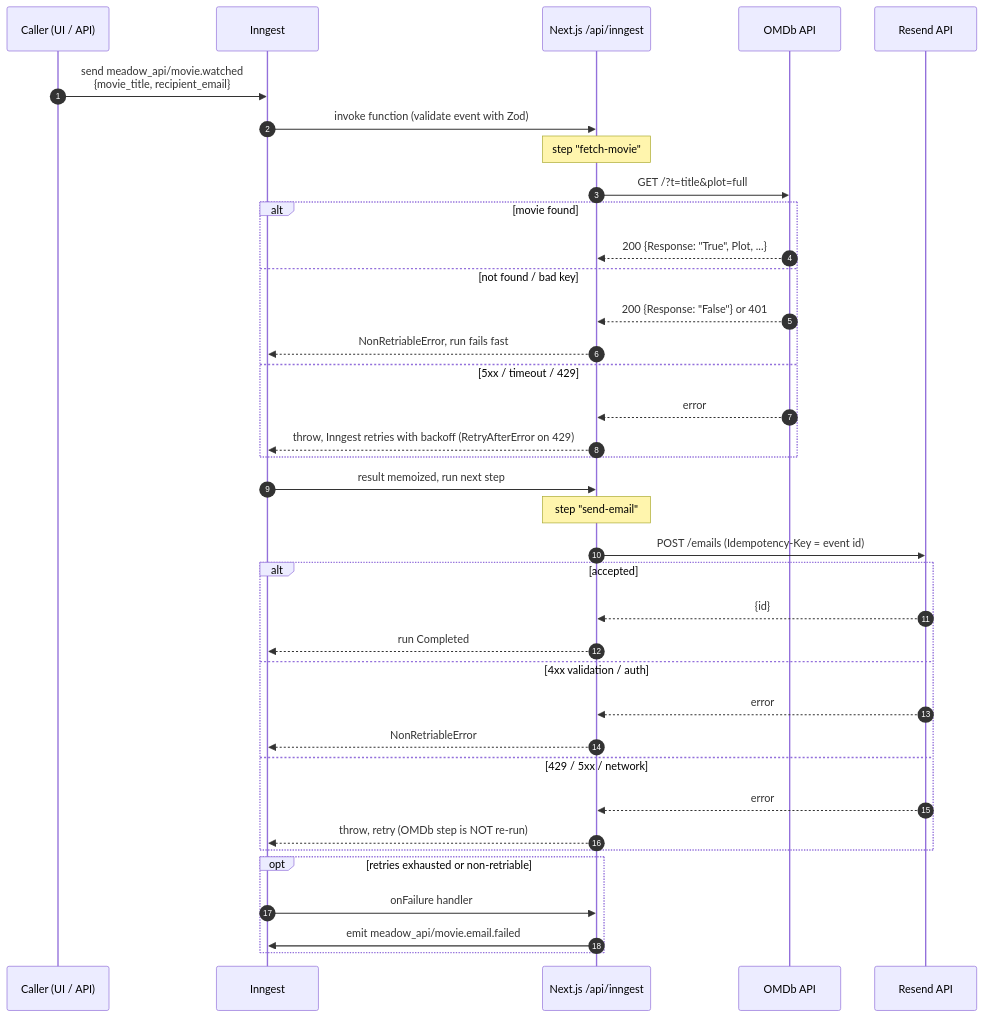
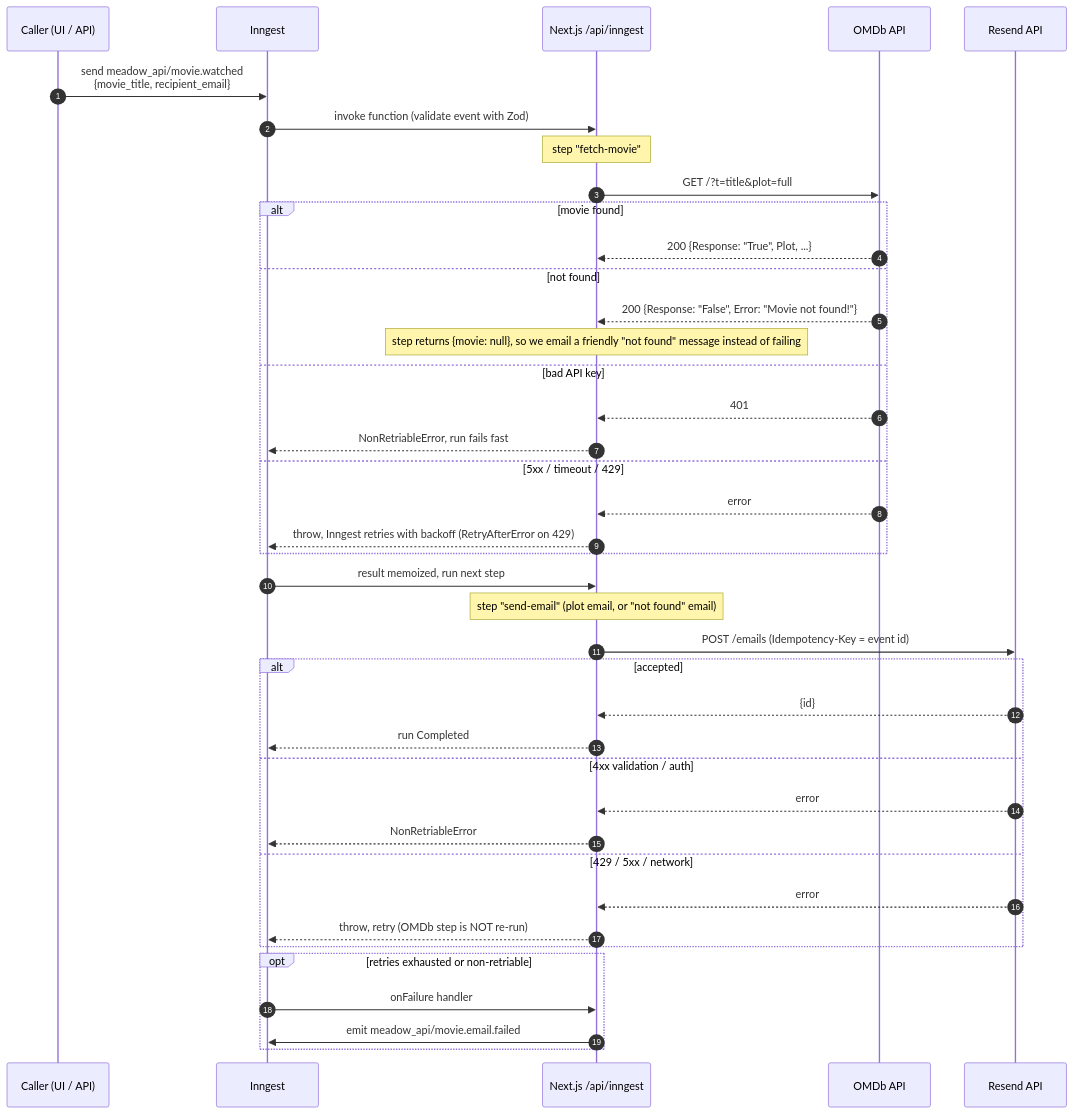
One commit to MathiTz/meadow-event changed the diagram in README.md. Above: the diagram before and after it, drawn with Mermaid. The commit also changed other lines of this file and 17 other files, not shown here.

Commit message:
Friendly not-found/no-plot emails, fixture events, mock services and e2e runner

````diff
--- a/README.md
+++ b/README.md
@@ -9,40 +11,43 @@
 ```mermaid
 sequenceDiagram
     autonumber
     participant C as Caller (UI / API)
     participant I as Inngest
     participant F as Next.js /api/inngest
     participant O as OMDb API
     participant R as Resend API
 
     C->>I: send meadow_api/movie.watched<br/>{movie_title, recipient_email}
     I->>F: invoke function (validate event with Zod)
     Note over F: step "fetch-movie"
     F->>O: GET /?t=title&plot=full
     alt movie found
         O-->>F: 200 {Response: "True", Plot, ...}
-    else not found / bad key
-        O-->>F: 200 {Response: "False"} or 401
+    else not found
+        O-->>F: 200 {Response: "False", Error: "Movie not found!"}
+        Note over F: step returns {movie: null}, so we email a friendly "not found" message instead of failing
+    else bad API key
+        O-->>F: 401
         F-->>I: NonRetriableError, run fails fast
     else 5xx / timeout / 429
         O-->>F: error
         F-->>I: throw, Inngest retries with backoff (RetryAfterError on 429)
     end
     I->>F: result memoized, run next step
-    Note over F: step "send-email"
+    Note over F: step "send-email" (plot email, or "not found" email)
     F->>R: POST /emails (Idempotency-Key = event id)
     alt accepted
         R-->>F: {id}
         F-->>I: run Completed
     else 4xx validation / auth
         R-->>F: error
         F-->>I: NonRetriableError
     else 429 / 5xx / network
         R-->>F: error
         F-->>I: throw, retry (OMDb step is NOT re-run)
     end
     opt retries exhausted or non-retriable
         I->>F: onFailure handler
         F->>I: emit meadow_api/movie.email.failed
     end
 ```
````
